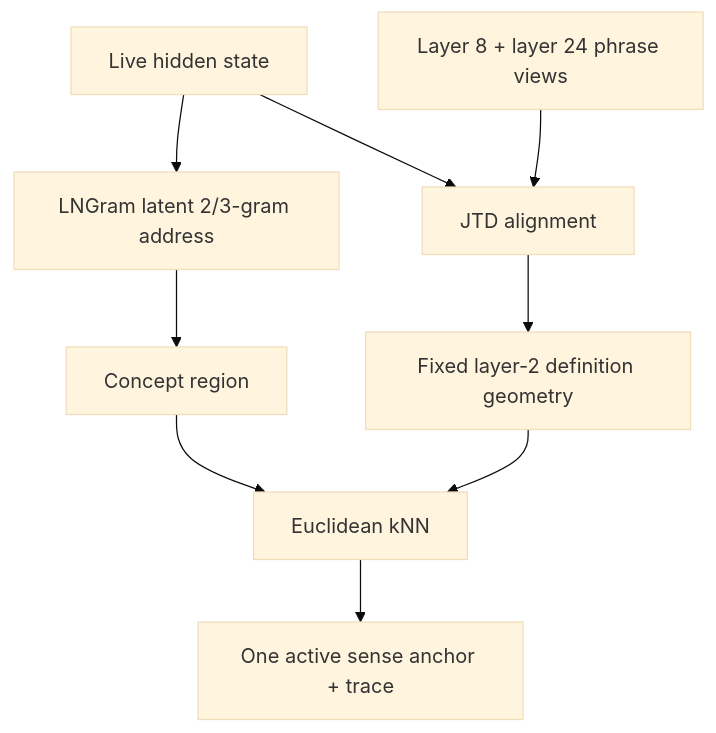
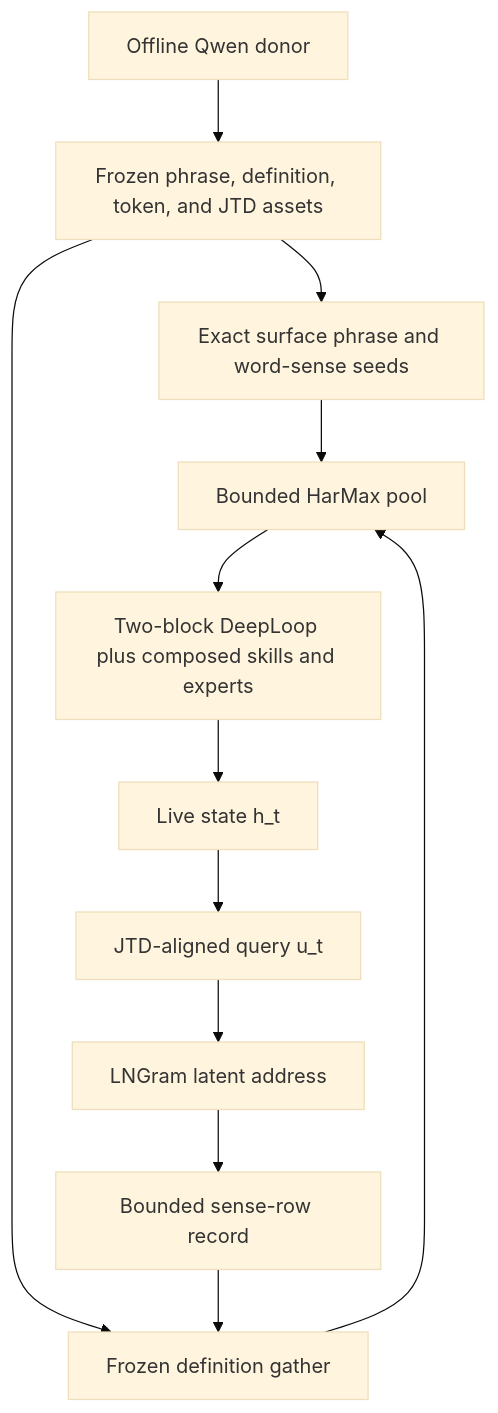
Before and after one commit to Carson1391/Dendritron-recurrent-engram: the diagram in README.md, drawn with Mermaid (base theme). The commit also changed other lines of this file and 2 other files, not shown here.

Commit message:
Update README and architecture brief

````diff
--- a/README.md
+++ b/README.md
@@ -210,11 +41,14 @@
 ```mermaid
 flowchart TD
-    A[Live hidden state] --> B[LNGram latent 2/3-gram address]
-    B --> C[Concept region]
-    D[Layer 8 + layer 24 phrase views] --> E[JTD alignment]
-    A --> E
-    E --> F[Fixed layer-2 definition geometry]
-    C --> G[Euclidean kNN]
-    F --> G
-    G --> H[One active sense anchor + trace]
+    A[Offline Qwen donor] --> B[Frozen phrase, definition, token, and JTD assets]
+    H[Live state h_t] --> J[JTD-aligned query u_t]
+    B --> S[Exact surface phrase and word-sense seeds]
+    J --> L[LNGram latent address]
+    L --> R[Bounded sense-row record]
+    B --> G[Frozen definition gather]
+    S --> P[Bounded HarMax pool]
+    R --> G
+    G --> P
+    P --> D[Two-block DeepLoop plus composed skills and experts]
+    D --> H
 ```
````
